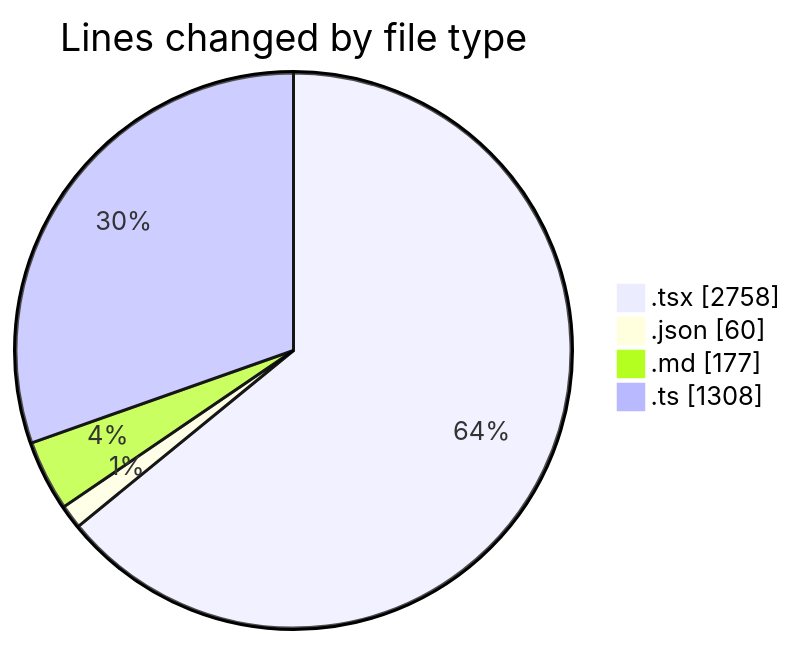
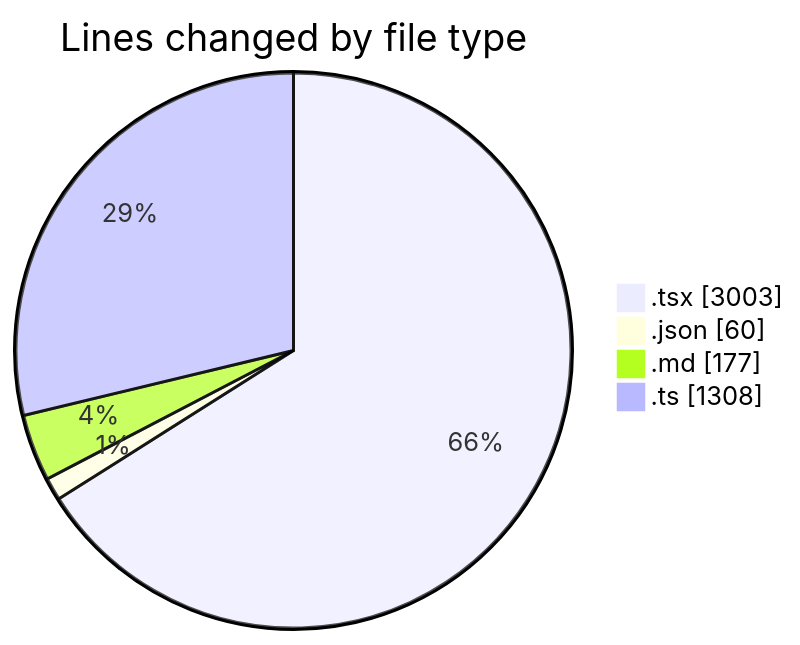
Before and after one commit to momahboobian/code-tracking: the first of 2 diagrams in 2025-12-08/cda/README.md, drawn with Mermaid. The commit also changed other lines of this file and 1 other file, not shown here.

````diff
--- a/2025-12-08/cda/README.md
+++ b/2025-12-08/cda/README.md
@@ -27,8 +28,8 @@
 ```mermaid
 pie showData
 title Lines changed by file type
-".tsx" : 2758
+".tsx" : 3003
 ".json" : 60
 ".md" : 177
 ".ts" : 1308
 ```
````
